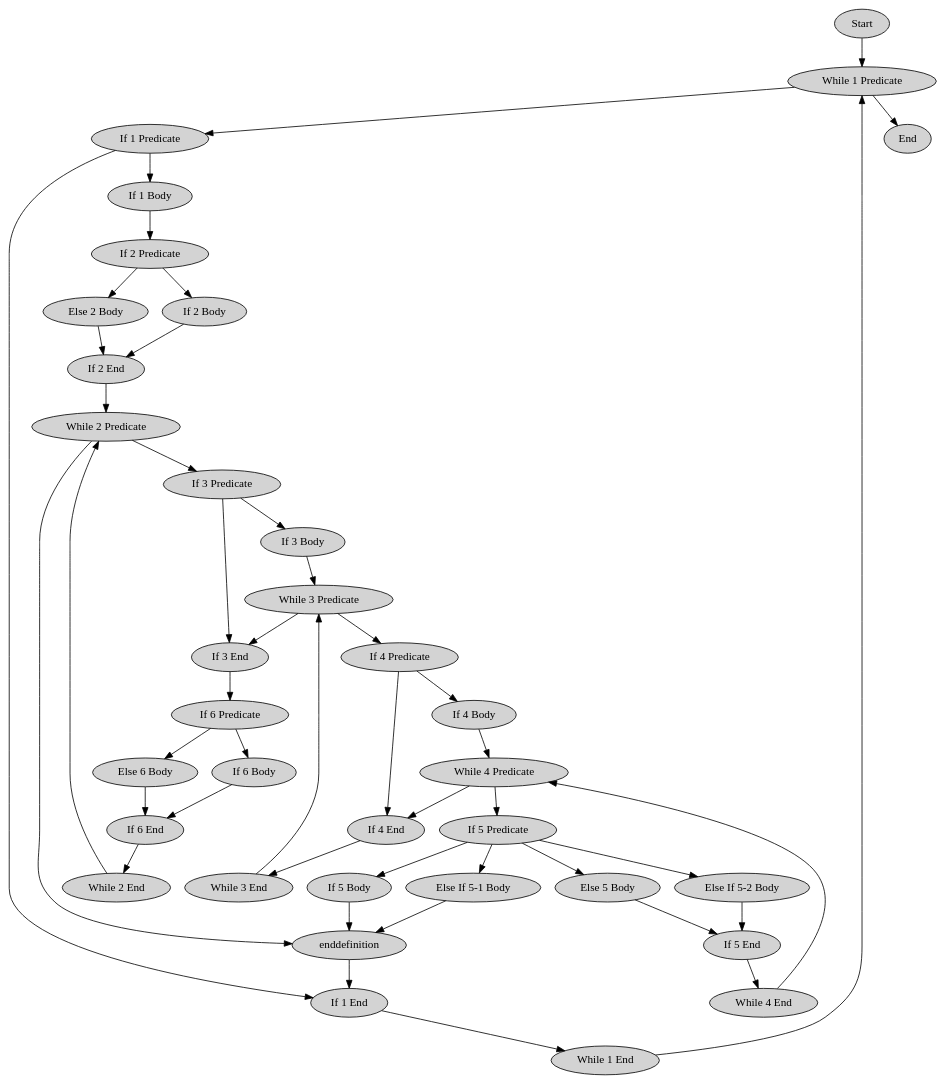
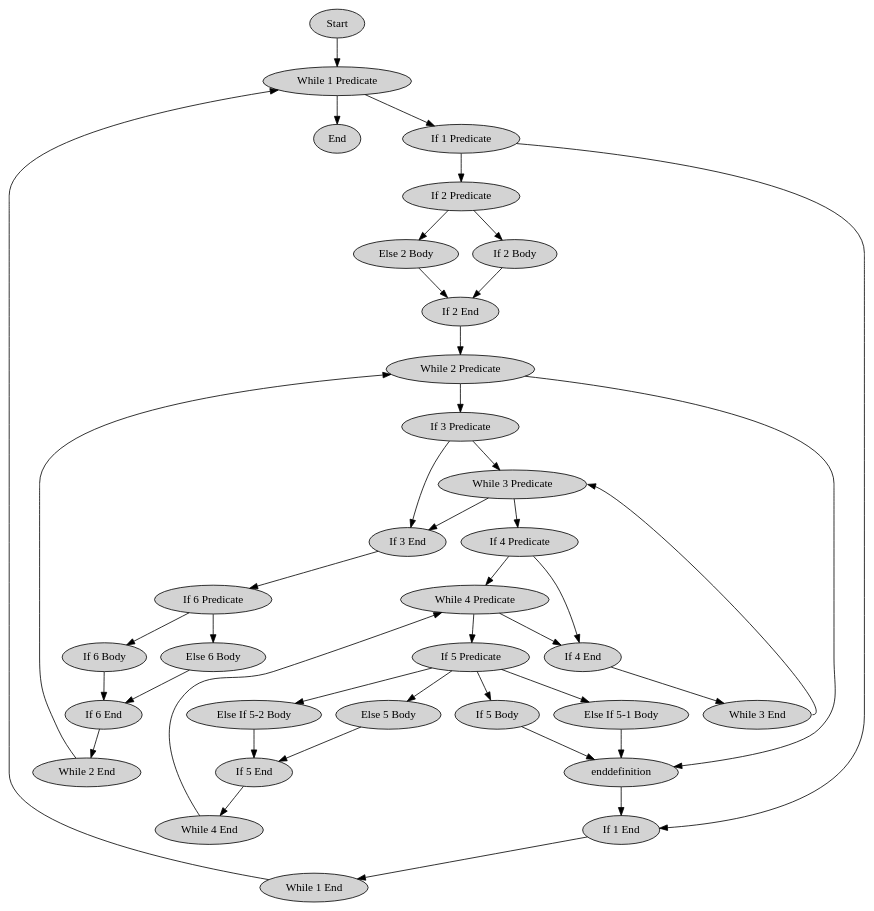
One commit to seanfisk/cpg-islands changed the diagram in papers/final/takai-jones-control-flow/diagram.dot. Above: the diagram before and after it, drawn with Graphviz.

Commit message:
No overlaps.

```diff
--- a/papers/final/takai-jones-control-flow/diagram.dot
+++ b/papers/final/takai-jones-control-flow/diagram.dot
@@ -1,88 +1,82 @@
 // This is a control flow graph of the Takai-Jones script taking
 // `last' commands (basically gotos) into account.
-digraph CpGTakaiJones {
+strict digraph CpGTakaiJones {
         node [style=filled,fillcolor=lightgray];
         start [label="Start"];
 
         w1p [label="While 1 Predicate"];
         w1e [label="While 1 End"];
 
         w2p [label="While 2 Predicate"];
         w2e [label="While 2 End"];
         enddefinition [label="enddefinition"];
 
         w3p [label="While 3 Predicate"];
         w3e [label="While 3 End"];
 
         w4p [label="While 4 Predicate"];
         w4e [label="While 4 End"];
 
         i1p [label="If 1 Predicate"];
-        i1b [label="If 1 Body"];
         i1e [label="If 1 End"];
 
         i2p [label="If 2 Predicate"];
         i2b [label="If 2 Body"];
         e2b [label="Else 2 Body"];
         i2e [label="If 2 End"];
 
         i3p [label="If 3 Predicate"];
-        i3b [label="If 3 Body"];
         i3e [label="If 3 End"];
 
         i4p [label="If 4 Predicate"];
-        i4b [label="If 4 Body"];
         i4e [label="If 4 End"];
 
         i5p [label="If 5 Predicate"];
         i5b [label="If 5 Body"];
         ei5_1b [label="Else If 5-1 Body"];
         ei5_2b [label="Else If 5-2 Body"];
         e5b [label="Else 5 Body"];
         i5e [label="If 5 End"];
 
         i6p [label="If 6 Predicate"];
         i6b [label="If 6 Body"];
         e6b [label="Else 6 Body"];
         i6e [label="If 6 End"];
 
         end [label="End"];
 
         start -> w1p;
         w1p -> end;
         w1p -> i1p;
-        i1p -> i1b;
+        i1p -> i2p;
         i1p -> i1e;
-        i1b -> i2p;
         i2p -> i2b -> i2e;
         i2p -> e2b -> i2e;
         i2e -> w2p;
         w2p -> i3p;
         w2p -> enddefinition;
-        i3p -> i3b;
+        i3p -> w3p;
         i3p -> i3e;
-        i3b -> w3p;
         w3p -> i4p;
         w3p -> i3e;
-        i4p -> i4b;
+        i4p -> w4p;
         i4p -> i4e;
-        i4b -> w4p;
         w4p -> i5p;
         w4p -> i4e;
         i5p -> i5b -> enddefinition;
         i5p -> ei5_1b -> enddefinition;
         i5p -> ei5_2b -> i5e;
         i5p -> e5b -> i5e;
         i5e -> w4e;
         w4e -> w4p;
         i4e -> w3e;
-        w3e -> w3p;
+        w3e:e -> w3p:e;
         i3e -> i6p;
         i6p -> i6b -> i6e;
         i6p -> e6b -> i6e;
         i6e -> w2e;
         w2e -> w2p;
         enddefinition -> i1e;
         i1e -> w1e;
         w1e -> w1p;
 }
```
